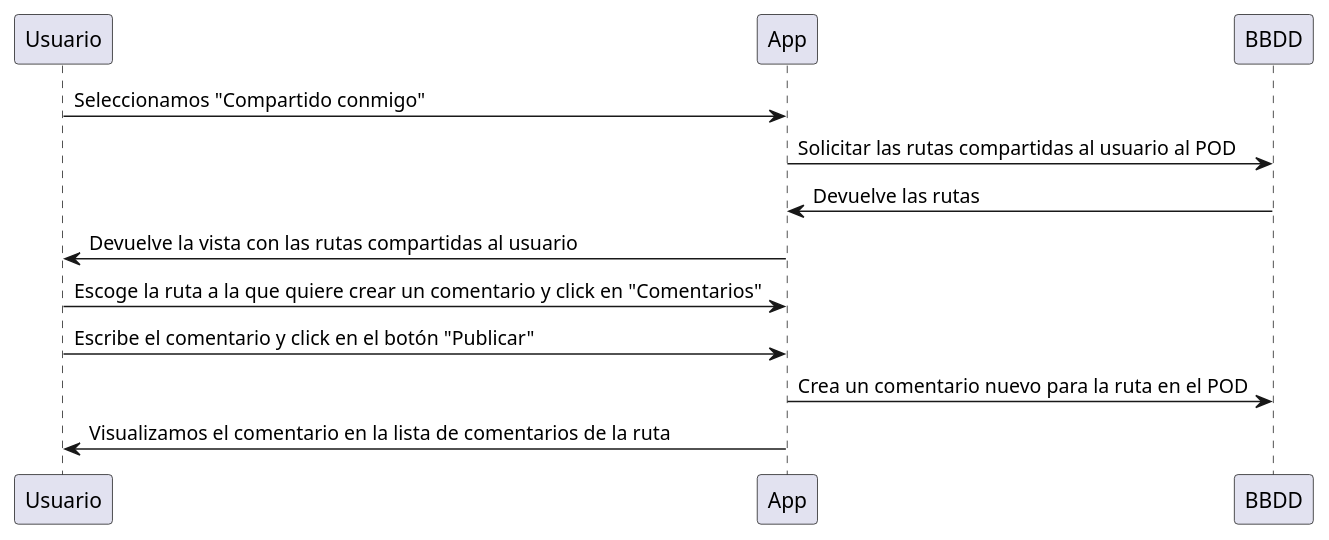
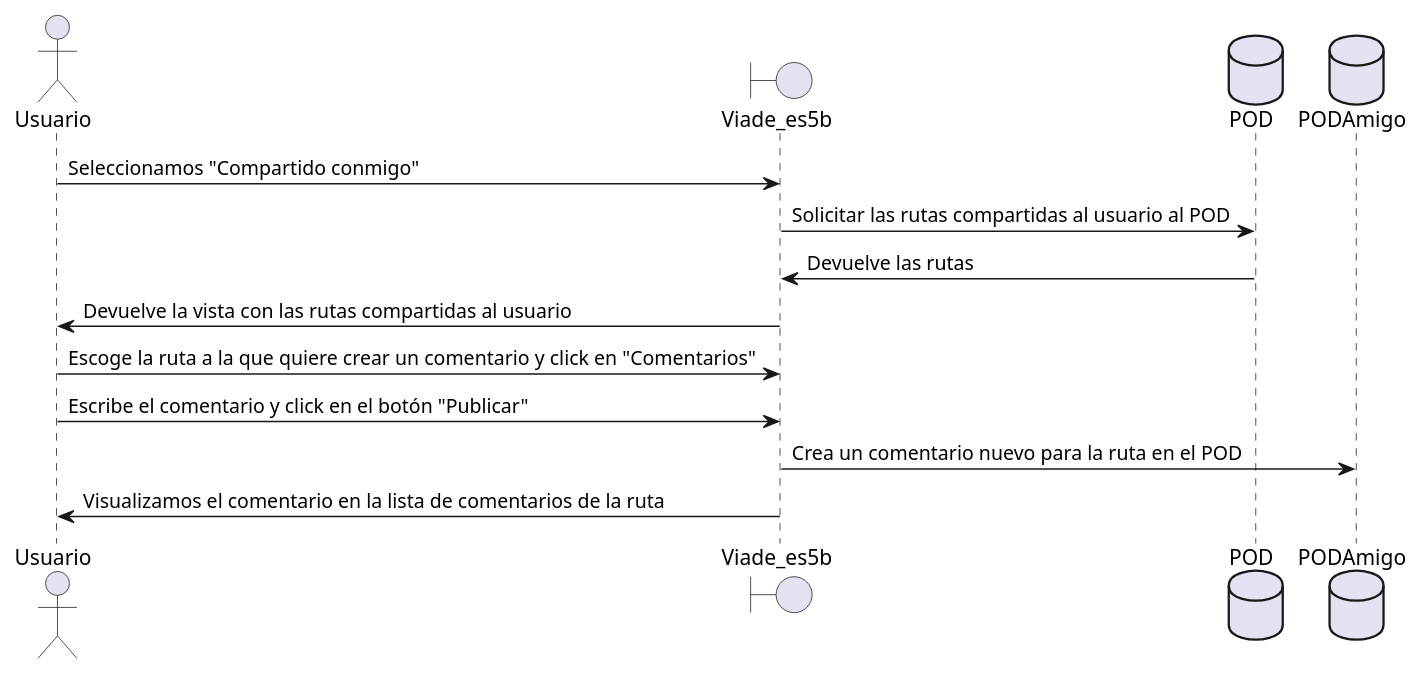
Diagram 13 of 16 in src/docs/06_runtime_view.adoc (Arquisoft/viade_es5b), drawn with PlantUML before and after one commit. The commit also changed other lines of this file, not shown here.

```diff
--- a/src/docs/06_runtime_view.adoc
+++ b/src/docs/06_runtime_view.adoc
@@ -294,11 +332,15 @@
 [plantuml,"DiagramaComentarRutaCompartida",png]
 ----
-Usuario -> App: Seleccionamos "Compartido conmigo"
-App -> BBDD : Solicitar las rutas compartidas al usuario al POD
-BBDD -> App: Devuelve las rutas
-App -> Usuario: Devuelve la vista con las rutas compartidas al usuario
-Usuario -> App: Escoge la ruta a la que quiere crear un comentario y click en "Comentarios"
-Usuario -> App: Escribe el comentario y click en el botón "Publicar"
-App -> BBDD: Crea un comentario nuevo para la ruta en el POD
-App -> Usuario: Visualizamos el comentario en la lista de comentarios de la ruta
+actor Usuario
+boundary Viade_es5b
+database POD
+database PODAmigo
+Usuario -> Viade_es5b: Seleccionamos "Compartido conmigo"
+Viade_es5b -> POD : Solicitar las rutas compartidas al usuario al POD
+POD -> Viade_es5b: Devuelve las rutas
+Viade_es5b -> Usuario: Devuelve la vista con las rutas compartidas al usuario
+Usuario -> Viade_es5b: Escoge la ruta a la que quiere crear un comentario y click en "Comentarios"
+Usuario -> Viade_es5b: Escribe el comentario y click en el botón "Publicar"
+Viade_es5b -> PODAmigo: Crea un comentario nuevo para la ruta en el POD
+Viade_es5b -> Usuario: Visualizamos el comentario en la lista de comentarios de la ruta
 ----
```
